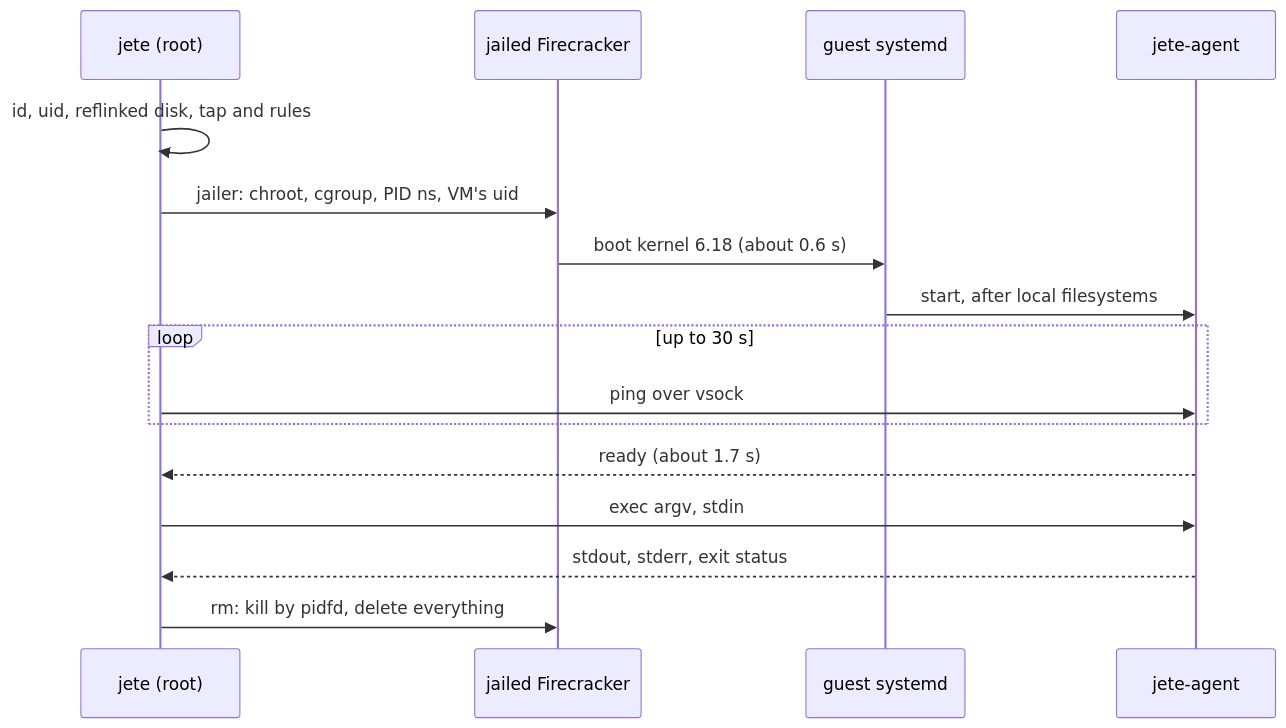
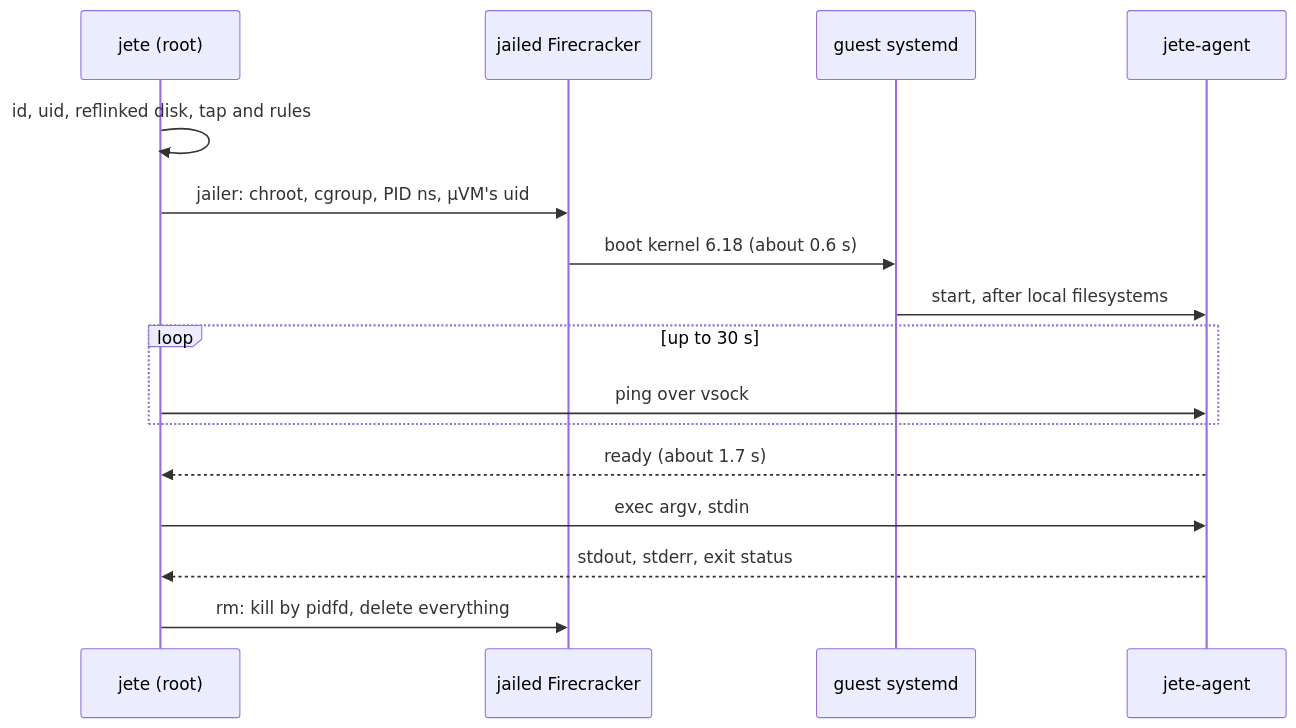
One commit to carloswestman/machinesdancing changed the second of 4 diagrams in docs/talks/2026-11-machinesdancing/slides.md. Above: the diagram before and after it, drawn with Mermaid. The commit also changed other lines of this file, not shown here.

````diff
--- a/docs/talks/2026-11-machinesdancing/slides.md
+++ b/docs/talks/2026-11-machinesdancing/slides.md
@@ -295,18 +301,18 @@
 ```mermaid {scale: 0.5}
 sequenceDiagram
   participant R as jete (root)
   participant F as jailed Firecracker
   participant G as guest systemd
   participant A as jete-agent
   R->>R: id, uid, reflinked disk, tap and rules
-  R->>F: jailer: chroot, cgroup, PID ns, VM's uid
+  R->>F: jailer: chroot, cgroup, PID ns, µVM's uid
   F->>G: boot kernel 6.18 (about 0.6 s)
   G->>A: start, after local filesystems
   loop up to 30 s
     R->>A: ping over vsock
   end
   A-->>R: ready (about 1.7 s)
   R->>A: exec argv, stdin
   A-->>R: stdout, stderr, exit status
   R->>F: rm: kill by pidfd, delete everything
 ```
````
